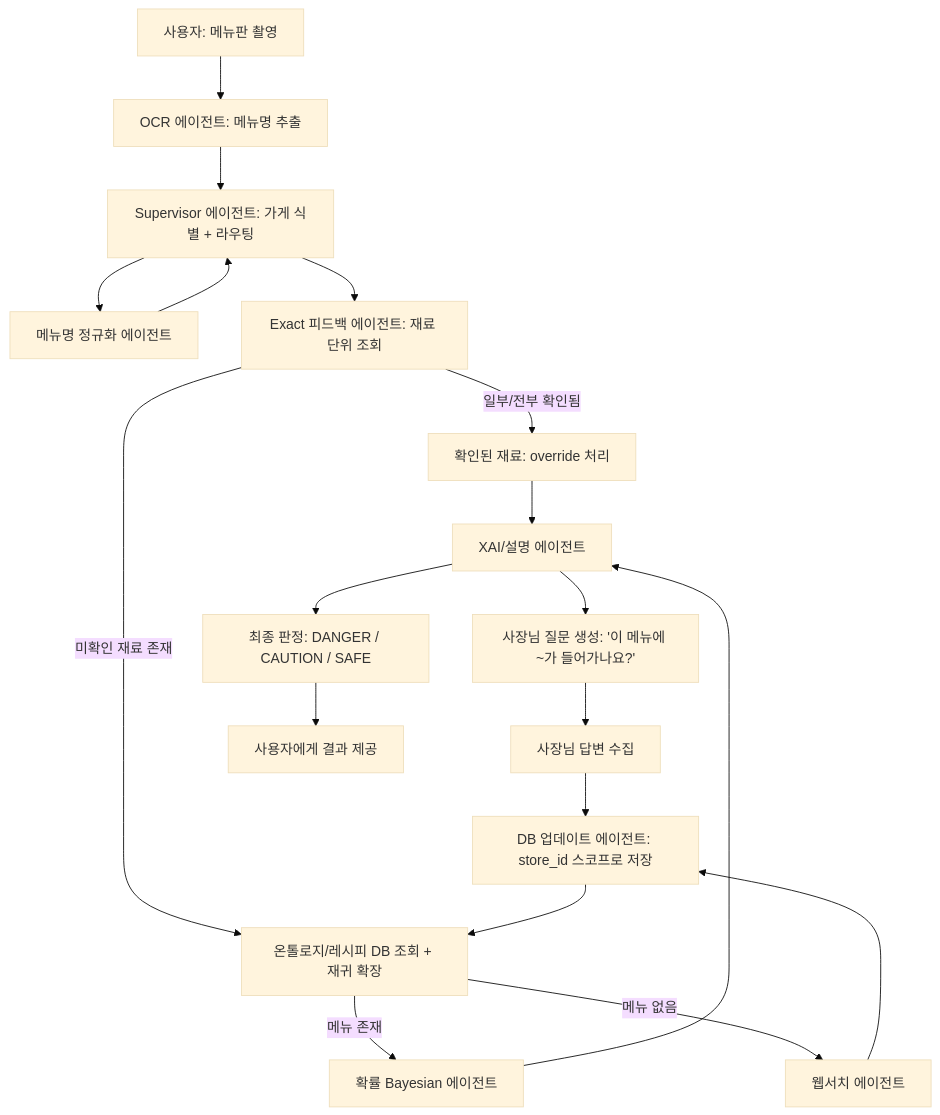
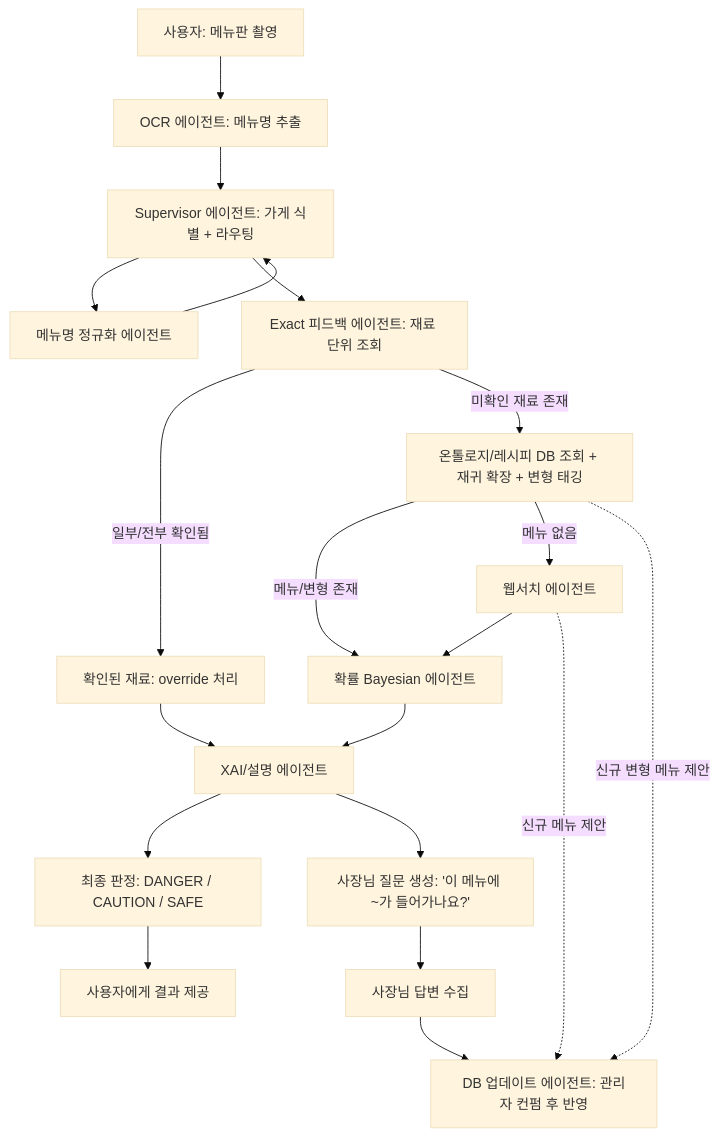
The first of 6 diagrams in docs/catoin-multi-agent-architecture.md (Han-Spoon/ai), drawn with Mermaid (base theme) before and after one commit. The commit also changed other lines of this file, not shown here.

First line of the commit message:
docs: 웹서치/변형 태깅 DB 반영을 관리자 컨펌 흐름으로 통일

````diff
--- a/docs/catoin-multi-agent-architecture.md
+++ b/docs/catoin-multi-agent-architecture.md
@@ -10,27 +10,29 @@
 ```mermaid
 flowchart TD
     A[사용자: 메뉴판 촬영] --> B[OCR 에이전트: 메뉴명 추출]
     B --> D[Supervisor 에이전트: 가게 식별 + 라우팅]
     D --> C[메뉴명 정규화 에이전트]
     C --> D
 
     D --> E[Exact 피드백 에이전트: 재료 단위 조회]
     E -->|일부/전부 확인됨| F[확인된 재료: override 처리]
-    E -->|미확인 재료 존재| G[온톨로지/레시피 DB 조회 + 재귀 확장]
+    E -->|미확인 재료 존재| G[온톨로지/레시피 DB 조회 + 재귀 확장 + 변형 태깅]
 
-    G -->|메뉴 존재| H[확률 Bayesian 에이전트]
+    G -->|메뉴/변형 존재| H[확률 Bayesian 에이전트]
     G -->|메뉴 없음| I[웹서치 에이전트]
 
-    I --> J[DB 업데이트 에이전트: store_id 스코프로 저장]
-    J --> G
+    I --> H
 
     H --> K[XAI/설명 에이전트]
     F --> K
 
     K --> L[최종 판정: DANGER / CAUTION / SAFE]
     K --> M[사장님 질문 생성: '이 메뉴에 ~가 들어가나요?']
     M --> N[사장님 답변 수집]
-    N --> J
 
     L --> O[사용자에게 결과 제공]
+
+    G -.신규 변형 메뉴 제안.-> J[DB 업데이트 에이전트: 관리자 컨펌 후 반영]
+    I -.신규 메뉴 제안.-> J
+    N --> J
 ```
````
